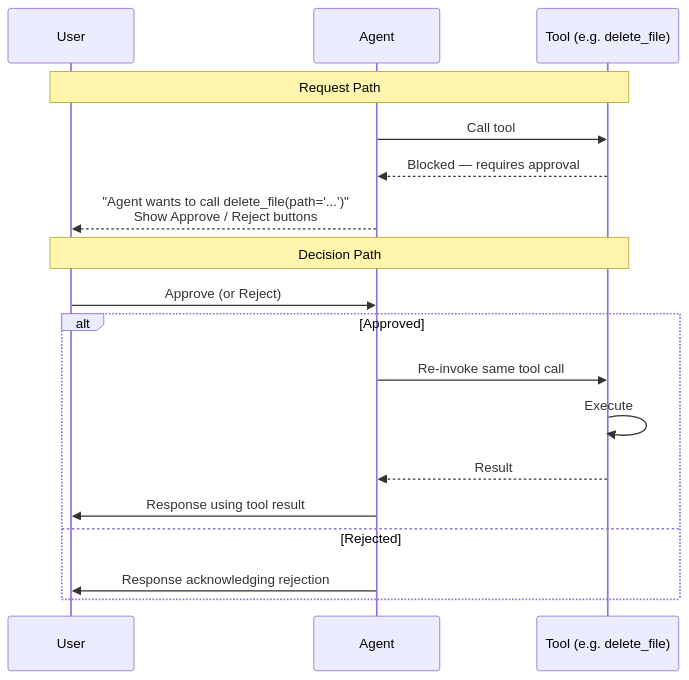
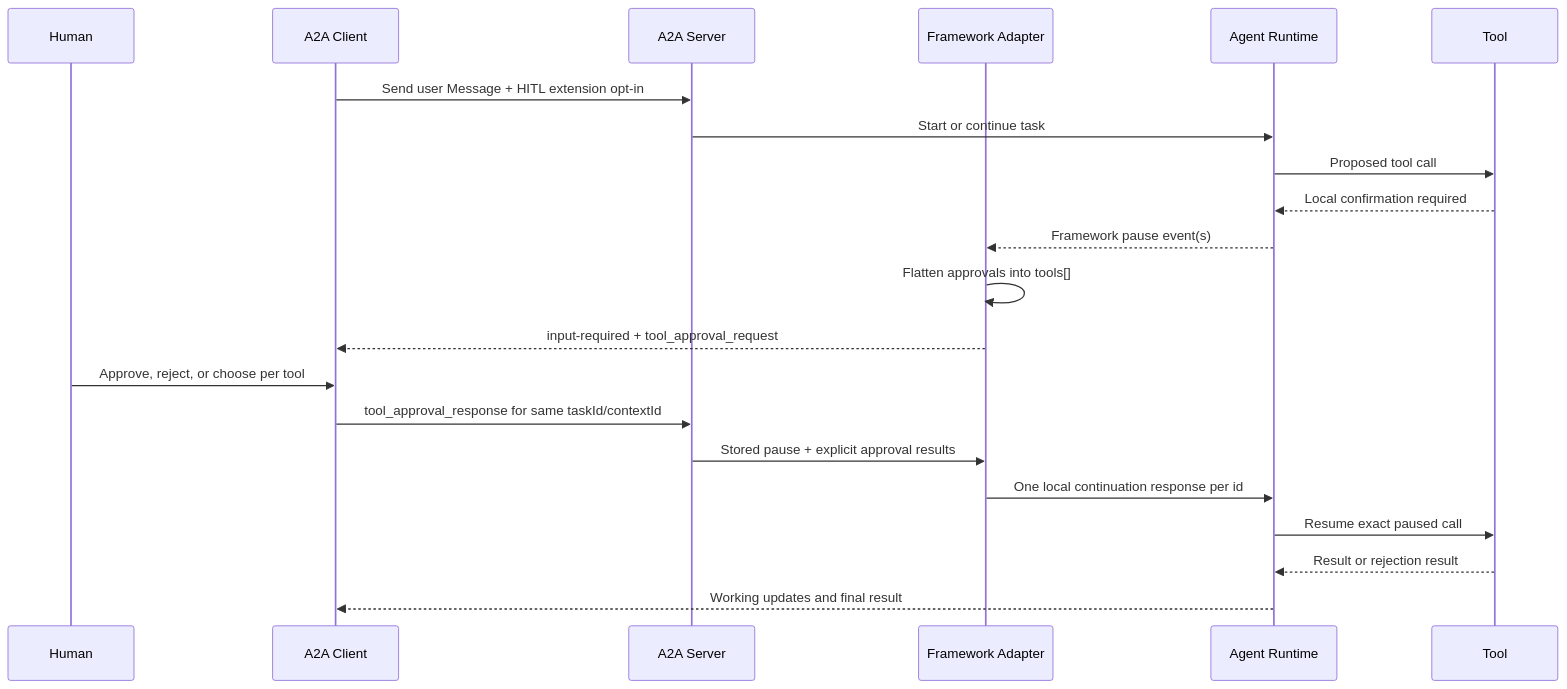
The first of 2 diagrams in docs/architecture/human-in-the-loop.md (kagent-dev/kagent), drawn with Mermaid before and after one commit. The commit also changed other lines of this file, not shown here.

Commit message:
updated hitl docs

````diff
--- a/docs/architecture/human-in-the-loop.md
+++ b/docs/architecture/human-in-the-loop.md
@@ -23,23 +378,24 @@
 ```mermaid
 sequenceDiagram
-    participant User as User
-    participant Agent as Agent
-    participant Tool as Tool (e.g. delete_file)
+    participant Human
+    participant Client as A2A Client
+    participant Server as A2A Server
+    participant Adapter as Framework Adapter
+    participant Runtime as Agent Runtime
+    participant Tool
 
-    Note over User, Tool: Request Path
-    Agent->>Tool: Call tool
-    Tool-->>Agent: Blocked — requires approval
-    Agent-->>User: "Agent wants to call delete_file(path='...')"<br/>Show Approve / Reject buttons
-
-    Note over User, Tool: Decision Path
-    User->>Agent: Approve (or Reject)
-
-    alt Approved
-        Agent->>Tool: Re-invoke same tool call
-        Tool->>Tool: Execute
-        Tool-->>Agent: Result
-        Agent->>User: Response using tool result
-    else Rejected
-        Agent->>User: Response acknowledging rejection
-    end
+    Client->>Server: Send user Message + HITL extension opt-in
+    Server->>Runtime: Start or continue task
+    Runtime->>Tool: Proposed tool call
+    Tool-->>Runtime: Local confirmation required
+    Runtime-->>Adapter: Framework pause event(s)
+    Adapter->>Adapter: Flatten approvals into tools[]
+    Adapter-->>Client: input-required + tool_approval_request
+    Human->>Client: Approve, reject, or choose per tool
+    Client->>Server: tool_approval_response for same taskId/contextId
+    Server->>Adapter: Stored pause + explicit approval results
+    Adapter->>Runtime: One local continuation response per id
+    Runtime->>Tool: Resume exact paused call
+    Tool-->>Runtime: Result or rejection result
+    Runtime-->>Client: Working updates and final result
 ```
````
